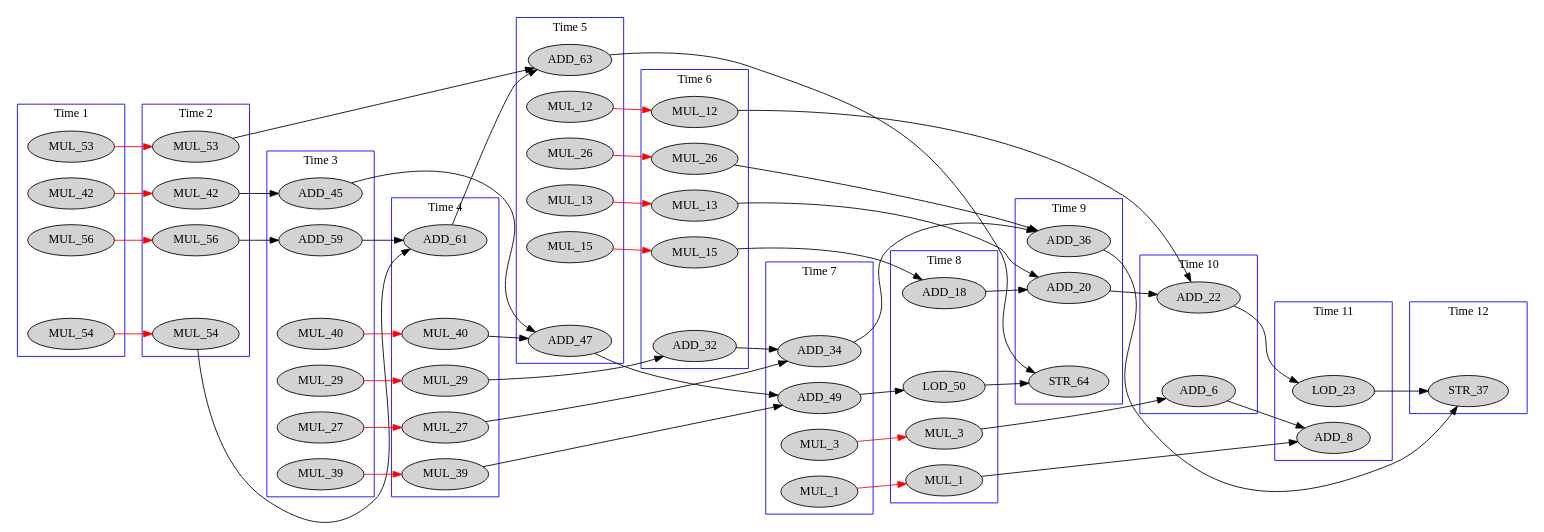
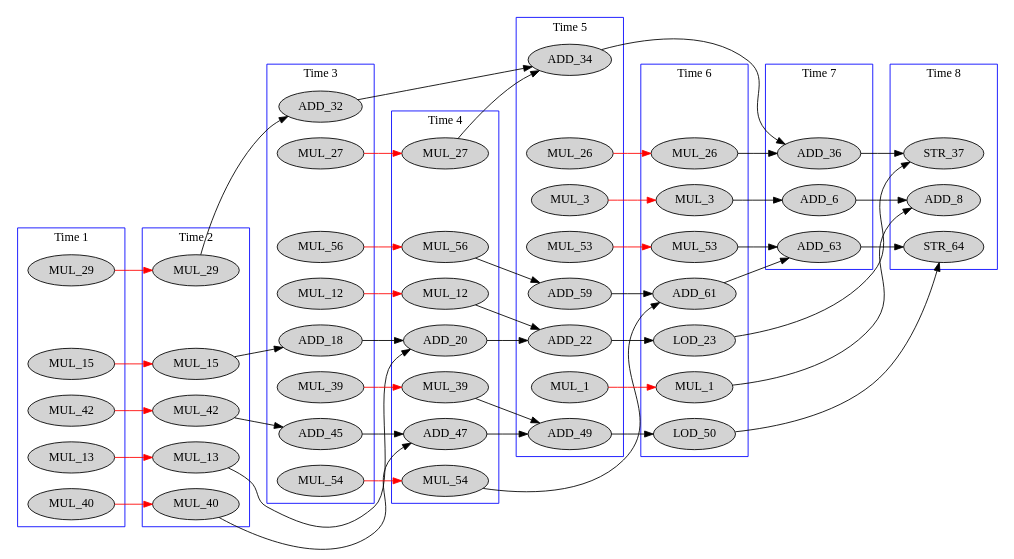
The diagram in contest/WORK_ShyHLS/data/out/contest_motion_vectors_dfg__7.dot (thegabriele97/TCL-Learning), drawn with Graphviz before and after one commit. The commit also changed 6 other files, not shown here.

```diff
--- a/contest/WORK_ShyHLS/data/out/contest_motion_vectors_dfg__7.dot
+++ b/contest/WORK_ShyHLS/data/out/contest_motion_vectors_dfg__7.dot
@@ -1,188 +1,156 @@
 digraph motion_vectors_dfg__7 {
   rankdir = LR;
   newrank="true"
   subgraph cluster_1 {
     rank=same;
     node [style=filled];
     label = "Time 1";
     color = blue;
     pseudo_1 [style=invis];
+    MUL_13_0 [label=MUL_13]
+    MUL_15_0 [label=MUL_15]
+    MUL_29_0 [label=MUL_29]
+    MUL_40_0 [label=MUL_40]
     MUL_42_0 [label=MUL_42]
-    MUL_53_0 [label=MUL_53]
-    MUL_54_0 [label=MUL_54]
-    MUL_56_0 [label=MUL_56]
   }
   subgraph cluster_2 {
     rank=same;
     node [style=filled];
     label = "Time 2";
     color = blue;
     pseudo_2 [style=invis];
+    MUL_13_1 [label=MUL_13]
+    MUL_15_1 [label=MUL_15]
+    MUL_29_1 [label=MUL_29]
+    MUL_40_1 [label=MUL_40]
     MUL_42_1 [label=MUL_42]
-    MUL_53_1 [label=MUL_53]
-    MUL_54_1 [label=MUL_54]
-    MUL_56_1 [label=MUL_56]
   }
   subgraph cluster_3 {
     rank=same;
     node [style=filled];
     label = "Time 3";
     color = blue;
     pseudo_3 [style=invis];
+    MUL_12_0 [label=MUL_12]
+    ADD_18
     MUL_27_0 [label=MUL_27]
-    MUL_29_0 [label=MUL_29]
+    ADD_32
     MUL_39_0 [label=MUL_39]
-    MUL_40_0 [label=MUL_40]
     ADD_45
-    ADD_59
+    MUL_54_0 [label=MUL_54]
+    MUL_56_0 [label=MUL_56]
   }
   subgraph cluster_4 {
     rank=same;
     node [style=filled];
     label = "Time 4";
     color = blue;
     pseudo_4 [style=invis];
+    MUL_12_1 [label=MUL_12]
+    ADD_20
     MUL_27_1 [label=MUL_27]
-    MUL_29_1 [label=MUL_29]
     MUL_39_1 [label=MUL_39]
-    MUL_40_1 [label=MUL_40]
-    ADD_61
+    ADD_47
+    MUL_54_1 [label=MUL_54]
+    MUL_56_1 [label=MUL_56]
   }
   subgraph cluster_5 {
     rank=same;
     node [style=filled];
     label = "Time 5";
     color = blue;
     pseudo_5 [style=invis];
-    MUL_12_0 [label=MUL_12]
-    MUL_13_0 [label=MUL_13]
-    MUL_15_0 [label=MUL_15]
+    MUL_1_0 [label=MUL_1]
+    MUL_3_0 [label=MUL_3]
+    ADD_22
     MUL_26_0 [label=MUL_26]
-    ADD_47
-    ADD_63
+    ADD_34
+    ADD_49
+    MUL_53_0 [label=MUL_53]
+    ADD_59
   }
   subgraph cluster_6 {
     rank=same;
     node [style=filled];
     label = "Time 6";
     color = blue;
     pseudo_6 [style=invis];
-    MUL_12_1 [label=MUL_12]
-    MUL_13_1 [label=MUL_13]
-    MUL_15_1 [label=MUL_15]
+    MUL_1_1 [label=MUL_1]
+    MUL_3_1 [label=MUL_3]
+    LOD_23
     MUL_26_1 [label=MUL_26]
-    ADD_32
+    LOD_50
+    MUL_53_1 [label=MUL_53]
+    ADD_61
   }
   subgraph cluster_7 {
     rank=same;
     node [style=filled];
     label = "Time 7";
     color = blue;
     pseudo_7 [style=invis];
-    MUL_1_0 [label=MUL_1]
-    MUL_3_0 [label=MUL_3]
-    ADD_34
-    ADD_49
+    ADD_6
+    ADD_36
+    ADD_63
   }
   subgraph cluster_8 {
     rank=same;
     node [style=filled];
     label = "Time 8";
     color = blue;
     pseudo_8 [style=invis];
-    MUL_1_1 [label=MUL_1]
-    MUL_3_1 [label=MUL_3]
-    ADD_18
-    LOD_50
-  }
-  subgraph cluster_9 {
-    rank=same;
-    node [style=filled];
-    label = "Time 9";
-    color = blue;
-    pseudo_9 [style=invis];
-    ADD_20
-    ADD_36
+    ADD_8
+    STR_37
     STR_64
-  }
-  subgraph cluster_10 {
-    rank=same;
-    node [style=filled];
-    label = "Time 10";
-    color = blue;
-    pseudo_10 [style=invis];
-    ADD_6
-    ADD_22
-  }
-  subgraph cluster_11 {
-    rank=same;
-    node [style=filled];
-    label = "Time 11";
-    color = blue;
-    pseudo_11 [style=invis];
-    ADD_8
-    LOD_23
-  }
-  subgraph cluster_12 {
-    rank=same;
-    node [style=filled];
-    label = "Time 12";
-    color = blue;
-    pseudo_12 [style=invis];
-    STR_37
   }
     pseudo_1->pseudo_2 [style=invis];
     pseudo_2->pseudo_3 [style=invis];
     pseudo_3->pseudo_4 [style=invis];
     pseudo_4->pseudo_5 [style=invis];
     pseudo_5->pseudo_6 [style=invis];
     pseudo_6->pseudo_7 [style=invis];
     pseudo_7->pseudo_8 [style=invis];
-    pseudo_8->pseudo_9 [style=invis];
-    pseudo_9->pseudo_10 [style=invis];
-    pseudo_10->pseudo_11 [style=invis];
-    pseudo_11->pseudo_12 [style=invis];
     MUL_1_0 -> MUL_1_1 [color=red];
     MUL_3_0 -> MUL_3_1 [color=red];
     MUL_12_0 -> MUL_12_1 [color=red];
     MUL_13_0 -> MUL_13_1 [color=red];
     MUL_15_0 -> MUL_15_1 [color=red];
     MUL_26_0 -> MUL_26_1 [color=red];
     MUL_27_0 -> MUL_27_1 [color=red];
     MUL_29_0 -> MUL_29_1 [color=red];
     MUL_39_0 -> MUL_39_1 [color=red];
     MUL_40_0 -> MUL_40_1 [color=red];
     MUL_42_0 -> MUL_42_1 [color=red];
     MUL_53_0 -> MUL_53_1 [color=red];
     MUL_54_0 -> MUL_54_1 [color=red];
     MUL_56_0 -> MUL_56_1 [color=red];
     MUL_1_1 -> ADD_8 [ name = 0 ];
     MUL_3_1 -> ADD_6 [ name = 2 ];
     ADD_6 -> ADD_8 [ name = 3 ];
     MUL_12_1 -> ADD_22 [ name = 5 ];
     MUL_13_1 -> ADD_20 [ name = 6 ];
     MUL_15_1 -> ADD_18 [ name = 8 ];
     ADD_18 -> ADD_20 [ name = 9 ];
     ADD_20 -> ADD_22 [ name = 10 ];
     ADD_22 -> LOD_23 [ name = 11 ];
     LOD_23 -> STR_37 [ name = 12 ];
     MUL_26_1 -> ADD_36 [ name = 14 ];
     MUL_27_1 -> ADD_34 [ name = 15 ];
     MUL_29_1 -> ADD_32 [ name = 17 ];
     ADD_32 -> ADD_34 [ name = 18 ];
     ADD_34 -> ADD_36 [ name = 19 ];
     ADD_36 -> STR_37 [ name = 20 ];
     MUL_39_1 -> ADD_49 [ name = 22 ];
     MUL_40_1 -> ADD_47 [ name = 23 ];
     MUL_42_1 -> ADD_45 [ name = 25 ];
     ADD_45 -> ADD_47 [ name = 26 ];
     ADD_47 -> ADD_49 [ name = 27 ];
     ADD_49 -> LOD_50 [ name = 28 ];
     LOD_50 -> STR_64 [ name = 29 ];
     MUL_53_1 -> ADD_63 [ name = 31 ];
     MUL_54_1 -> ADD_61 [ name = 32 ];
     MUL_56_1 -> ADD_59 [ name = 34 ];
     ADD_59 -> ADD_61 [ name = 35 ];
     ADD_61 -> ADD_63 [ name = 36 ];
     ADD_63 -> STR_64 [ name = 37 ];
 }
```
